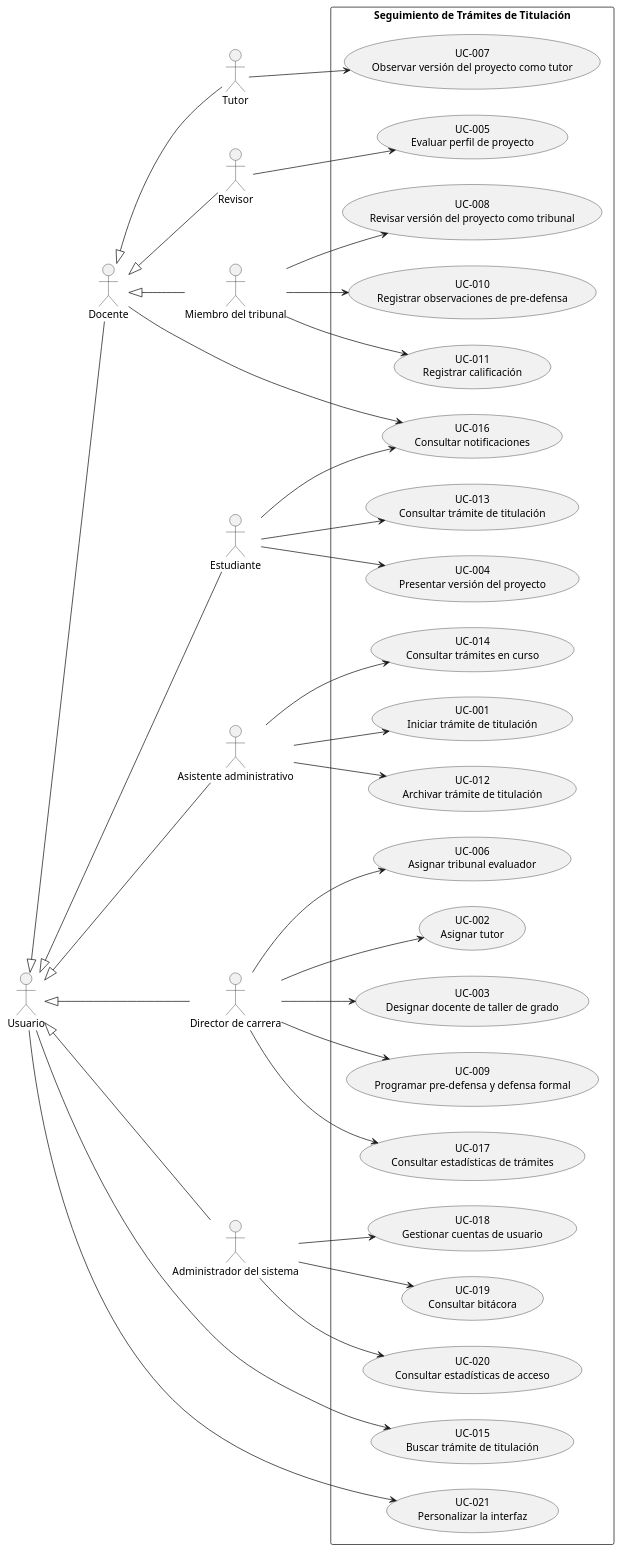
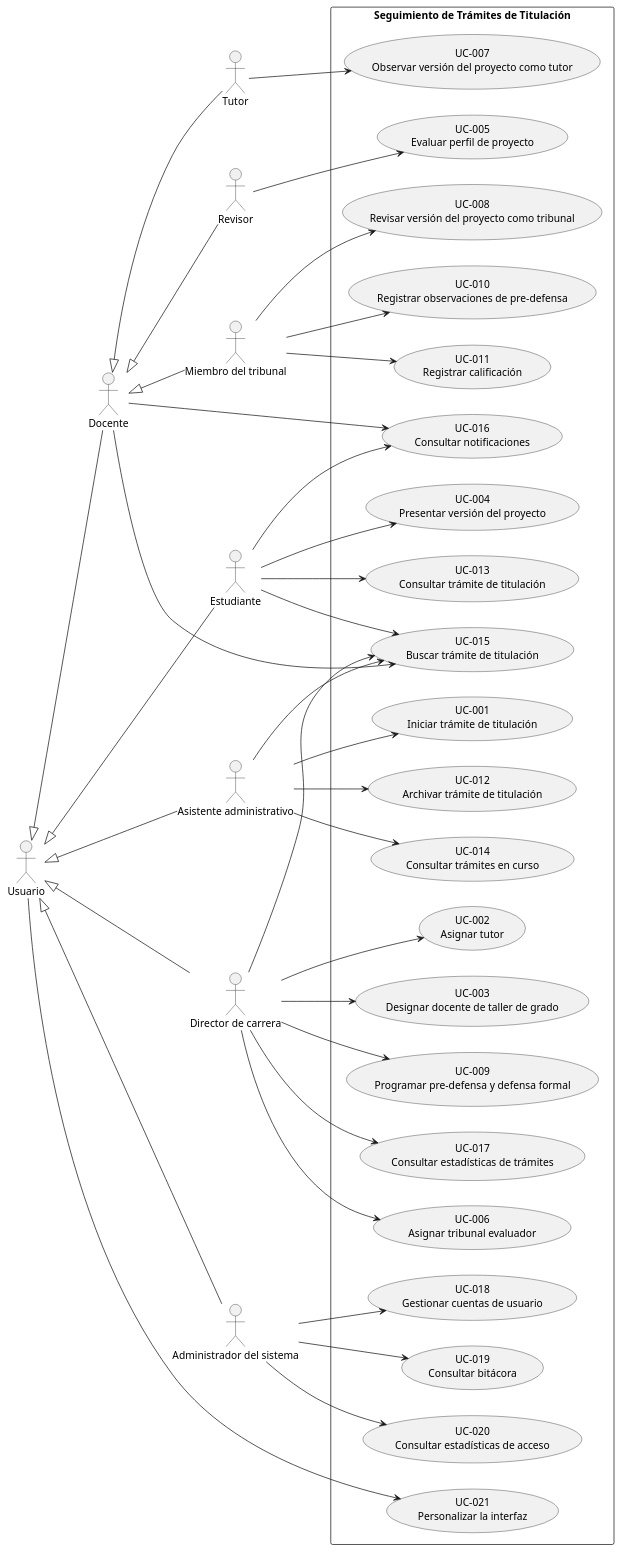
One commit to rogerrocaarano-ficct/inf513-proyecto2 changed the diagram in docs/use_cases.puml. Above: the diagram before and after it, drawn with PlantUML.

Commit message:
docs(use-cases): conecta uc-015 solo a los roles que buscan

```diff
--- a/docs/use_cases.puml
+++ b/docs/use_cases.puml
@@ -1,75 +1,78 @@
 @startuml Use Cases Overview
 left to right direction
 
 actor "Usuario" as usuario
 actor "Estudiante" as estudiante
 actor "Asistente administrativo" as asistente
 actor "Director de carrera" as director
 actor "Docente" as docente
 actor "Tutor" as tutor
 actor "Revisor" as revisor
 actor "Miembro del tribunal" as miembro
 actor "Administrador del sistema" as admin
 
 estudiante -up-|> usuario
 asistente -up-|> usuario
 director -up-|> usuario
 docente -up-|> usuario
 admin -up-|> usuario
 tutor -up-|> docente
 revisor -up-|> docente
 miembro -up-|> docente
 
 rectangle "Seguimiento de Trámites de Titulación" {
     usecase "UC-001\nIniciar trámite de titulación" as UC001
     usecase "UC-002\nAsignar tutor" as UC002
     usecase "UC-003\nDesignar docente de taller de grado" as UC003
     usecase "UC-004\nPresentar versión del proyecto" as UC004
     usecase "UC-005\nEvaluar perfil de proyecto" as UC005
     usecase "UC-006\nAsignar tribunal evaluador" as UC006
     usecase "UC-007\nObservar versión del proyecto como tutor" as UC007
     usecase "UC-008\nRevisar versión del proyecto como tribunal" as UC008
     usecase "UC-009\nProgramar pre-defensa y defensa formal" as UC009
     usecase "UC-010\nRegistrar observaciones de pre-defensa" as UC010
     usecase "UC-011\nRegistrar calificación" as UC011
     usecase "UC-012\nArchivar trámite de titulación" as UC012
     usecase "UC-013\nConsultar trámite de titulación" as UC013
     usecase "UC-014\nConsultar trámites en curso" as UC014
     usecase "UC-015\nBuscar trámite de titulación" as UC015
     usecase "UC-016\nConsultar notificaciones" as UC016
     usecase "UC-017\nConsultar estadísticas de trámites" as UC017
     usecase "UC-018\nGestionar cuentas de usuario" as UC018
     usecase "UC-019\nConsultar bitácora" as UC019
     usecase "UC-020\nConsultar estadísticas de acceso" as UC020
     usecase "UC-021\nPersonalizar la interfaz" as UC021
 }
 
 asistente --> UC001
 asistente --> UC012
 asistente --> UC014
 
 director --> UC002
 director --> UC003
 director --> UC006
 director --> UC009
 director --> UC017
 
 estudiante --> UC004
 estudiante --> UC013
 estudiante --> UC016
 
 docente --> UC016
 revisor --> UC005
 tutor --> UC007
 miembro --> UC008
 miembro --> UC010
 miembro --> UC011
 
 admin --> UC018
 admin --> UC019
 admin --> UC020
 
-usuario --> UC015
+estudiante --> UC015
+docente --> UC015
+asistente --> UC015
+director --> UC015
 usuario --> UC021
 
 @enduml
```
